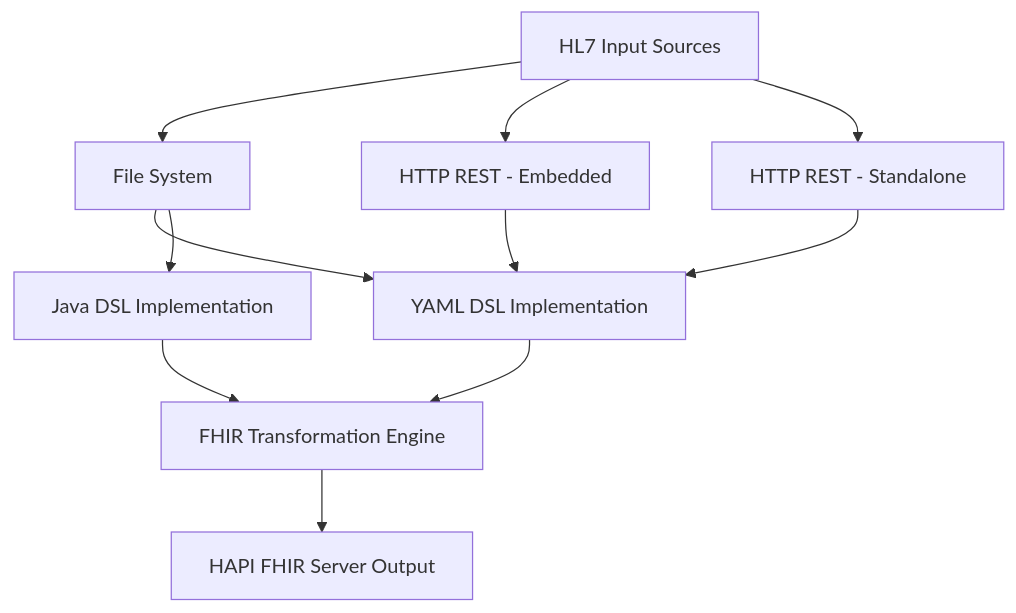
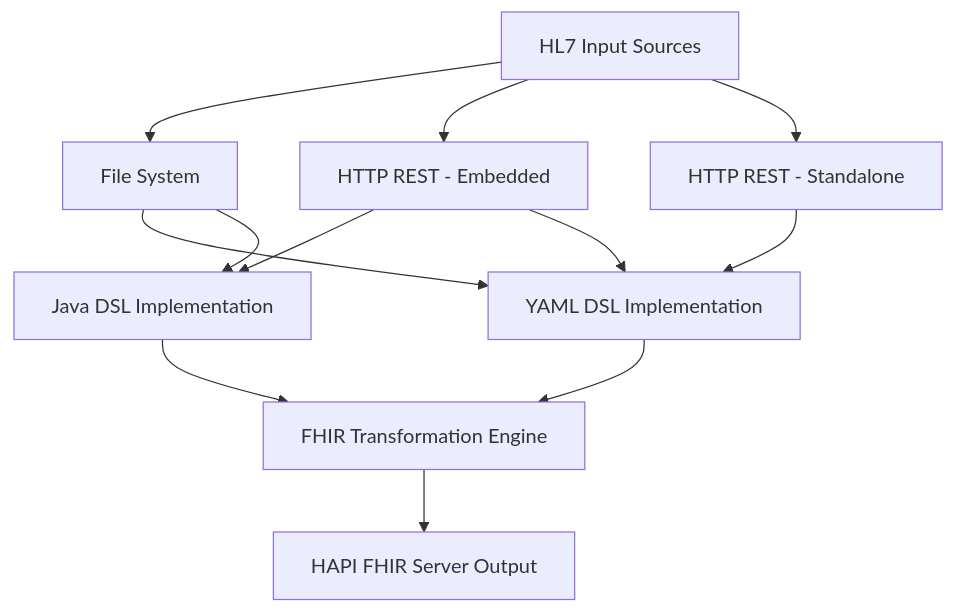
One commit to ASS-MUIT/camel changed the first of 3 diagrams in architecture.md. Above: the diagram before and after it, drawn with Mermaid. The commit also changed other lines of this file, not shown here.

````diff
--- a/architecture.md
+++ b/architecture.md
@@ -16,16 +16,17 @@
 ```mermaid
 graph TD
     A[HL7 Input Sources] --> B[File System]
     A --> C[HTTP REST - Embedded]
     A --> D[HTTP REST - Standalone]
     
     B --> F[YAML DSL Implementation]
+    C --> G[Java DSL Implementation]
     C --> F
     D --> F
-    B --> G[Java DSL Implementation]
+    B --> G
     
     F --> H[FHIR Transformation Engine]
     G --> H
     
     H --> I[HAPI FHIR Server Output]
 ```
````
